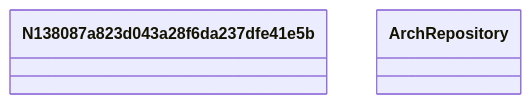
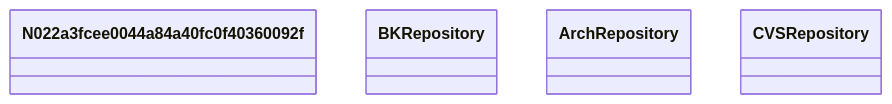
Before and after one commit to oeg-upm/Devos: the diagram in output/Top_in_lov/doap.rdf-description.md, drawn with Mermaid. The commit also changed 295 other files, not shown here.

````diff
--- a/output/Top_in_lov/doap.rdf-description.md
+++ b/output/Top_in_lov/doap.rdf-description.md
@@ -1,15 +1,23 @@
 ```mermaid
 	classDiagram
 
     
-    class N138087a823d043a28f6da237dfe41e5b {
+    class N022a3fcee0044a84a40fc0f40360092f {
+    
+    }
+
+    class BKRepository {
     
     }
 
     class ArchRepository {
     
     }
 
+    class CVSRepository {
+    
+    }
+
 
 
 ```
````
